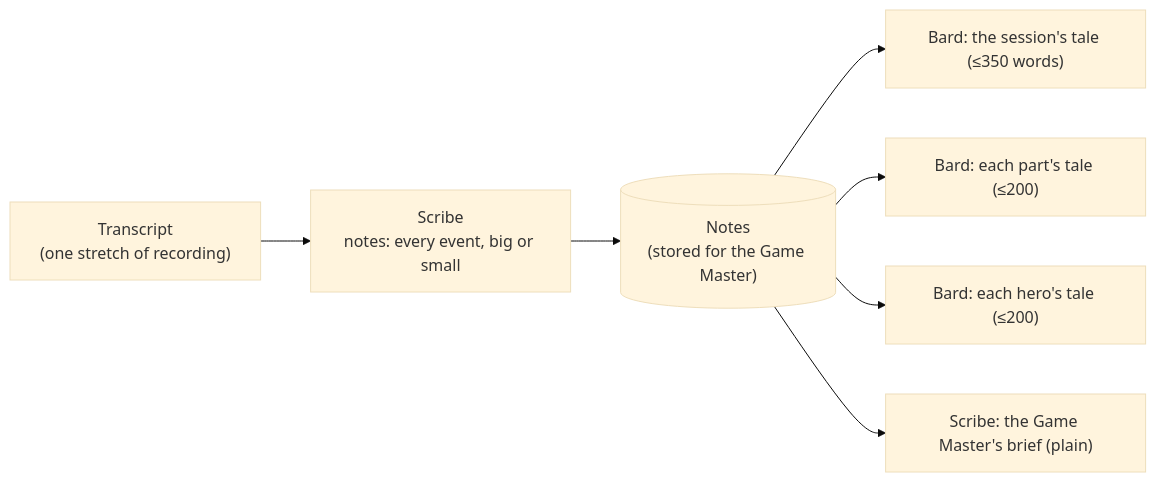
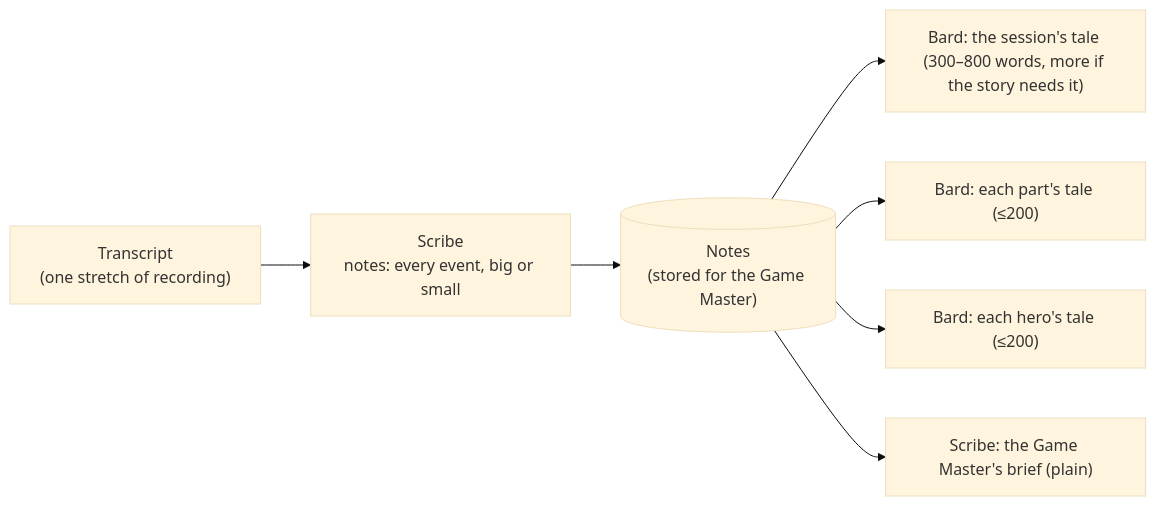
One commit to AndyProsser/vtt-chat-app changed the third of 4 diagrams in docs/architecture/RECORDING-AND-SUMMARIES.md. Above: the diagram before and after it, drawn with Mermaid (base theme). The commit also changed other lines of this file and 1 other file, not shown here.

Commit message:
docs: tales run 300-800 words for every storyteller and may invent a little; the Tipsy Minstrel is chaos with nods to the truth (Andy, 2026-11-20)

````diff
--- a/docs/architecture/RECORDING-AND-SUMMARIES.md
+++ b/docs/architecture/RECORDING-AND-SUMMARIES.md
@@ -473,9 +473,9 @@
 ```mermaid
 flowchart LR
     T["Transcript\n(one stretch of recording)"] --> S["Scribe\nnotes: every event, big or small"]
     S --> N[("Notes\n(stored for the Game Master)")]
-    N --> B1["Bard: the session's tale (≤350 words)"]
+    N --> B1["Bard: the session's tale (300–800 words, more if the story needs it)"]
     N --> B2["Bard: each part's tale (≤200)"]
     N --> B3["Bard: each hero's tale (≤200)"]
     N --> G["Scribe: the Game Master's brief (plain)"]
 ```
````
